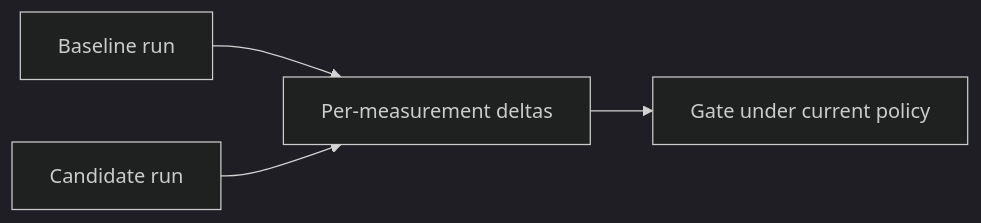
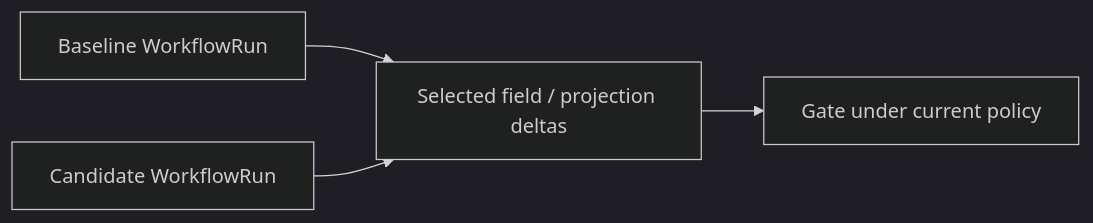
The diagram in en/evaluation/guides/compare-and-promote.md (softprobe/document-website), drawn with Mermaid (dark theme) before and after one commit. The commit also changed other lines of this file and 57 other files, not shown here.

````diff
--- a/en/evaluation/guides/compare-and-promote.md
+++ b/en/evaluation/guides/compare-and-promote.md
@@ -16,8 +16,8 @@
 ```mermaid
 flowchart LR
-  Base[Baseline run]
-  Cand[Candidate run]
-  Diff[Per-measurement deltas]
+  Base[Baseline WorkflowRun]
+  Cand[Candidate WorkflowRun]
+  Diff[Selected field / projection deltas]
   Gate[Gate under current policy]
   Base & Cand --> Diff --> Gate
 ```
````
